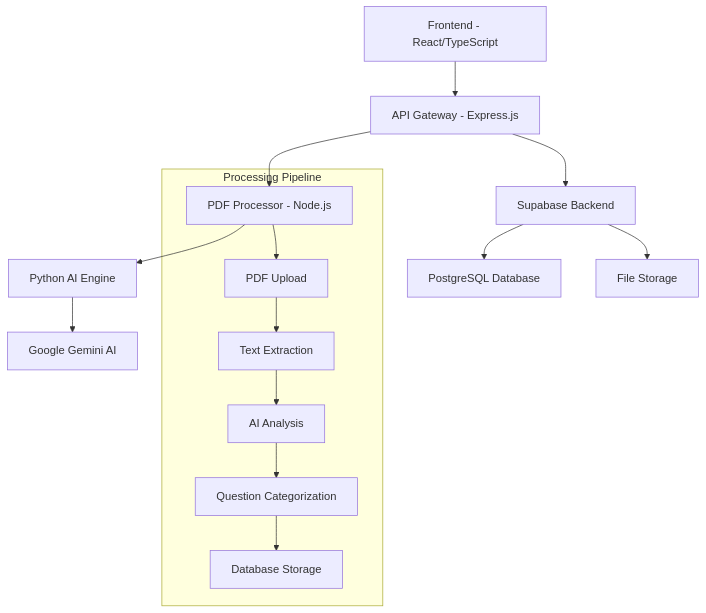
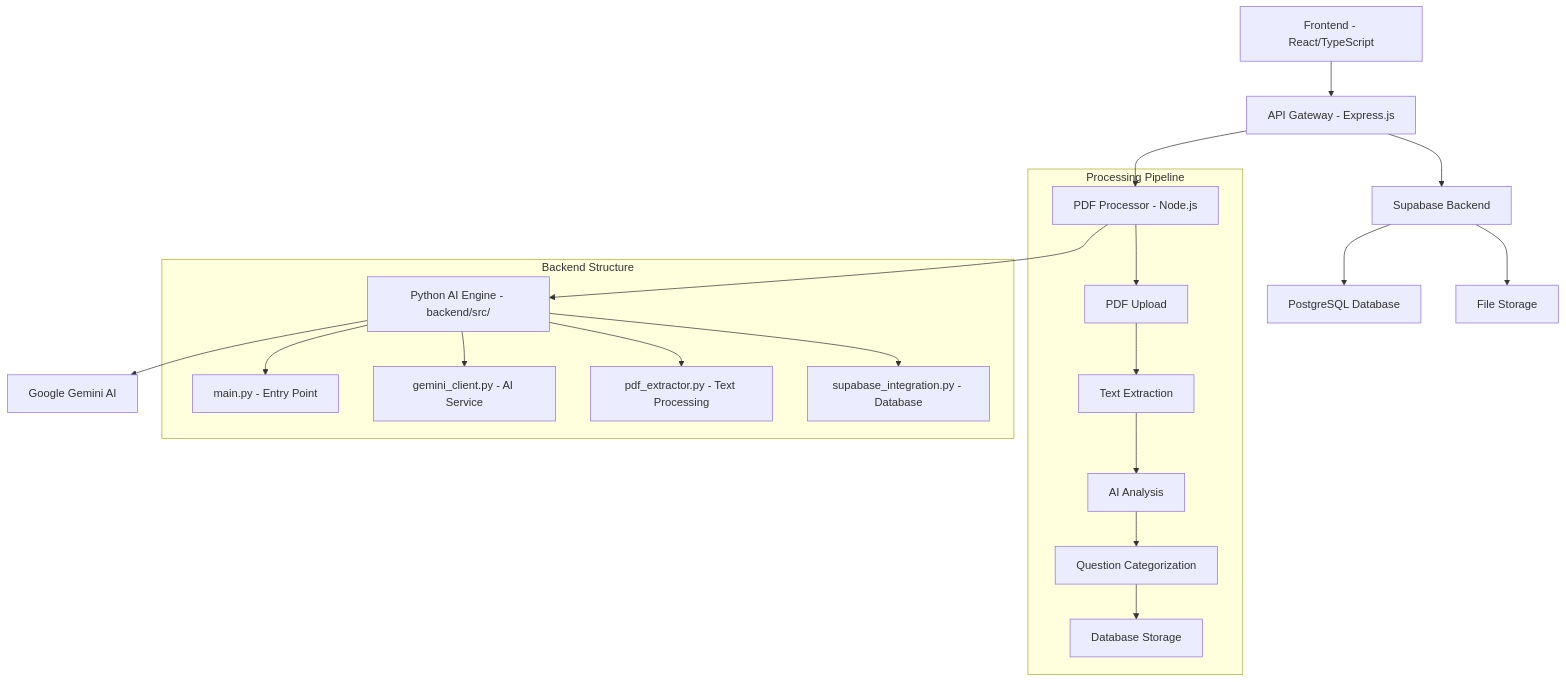
One commit to mannas006/edupapers changed the diagram in README.md. Above: the diagram before and after it, drawn with Mermaid. The commit also changed other lines of this file and 2 other files, not shown here.

First line of the commit message:
docs: update README and Vercel configs for new backend structure

````diff
--- a/README.md
+++ b/README.md
@@ -108,18 +123,25 @@
 ```mermaid
 graph TB
     A[Frontend - React/TypeScript] --> B[API Gateway - Express.js]
     B --> C[PDF Processor - Node.js]
-    C --> D[Python AI Engine]
+    C --> D[Python AI Engine - backend/src/]
     D --> E[Google Gemini AI]
     B --> F[Supabase Backend]
     F --> G[PostgreSQL Database]
     F --> H[File Storage]
     
     subgraph "Processing Pipeline"
         C --> I[PDF Upload]
         I --> J[Text Extraction]
         J --> K[AI Analysis]
         K --> L[Question Categorization]
         L --> M[Database Storage]
     end
+    
+    subgraph "Backend Structure"
+        D --> N[main.py - Entry Point]
+        D --> O[gemini_client.py - AI Service]
+        D --> P[pdf_extractor.py - Text Processing]
+        D --> Q[supabase_integration.py - Database]
+    end
 ```
````
